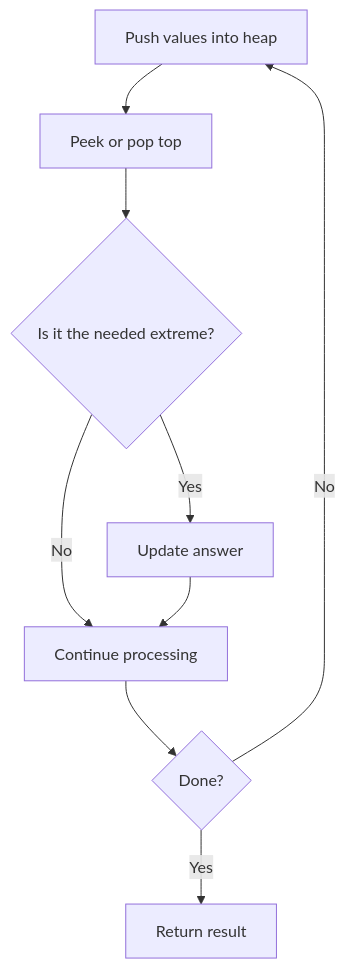
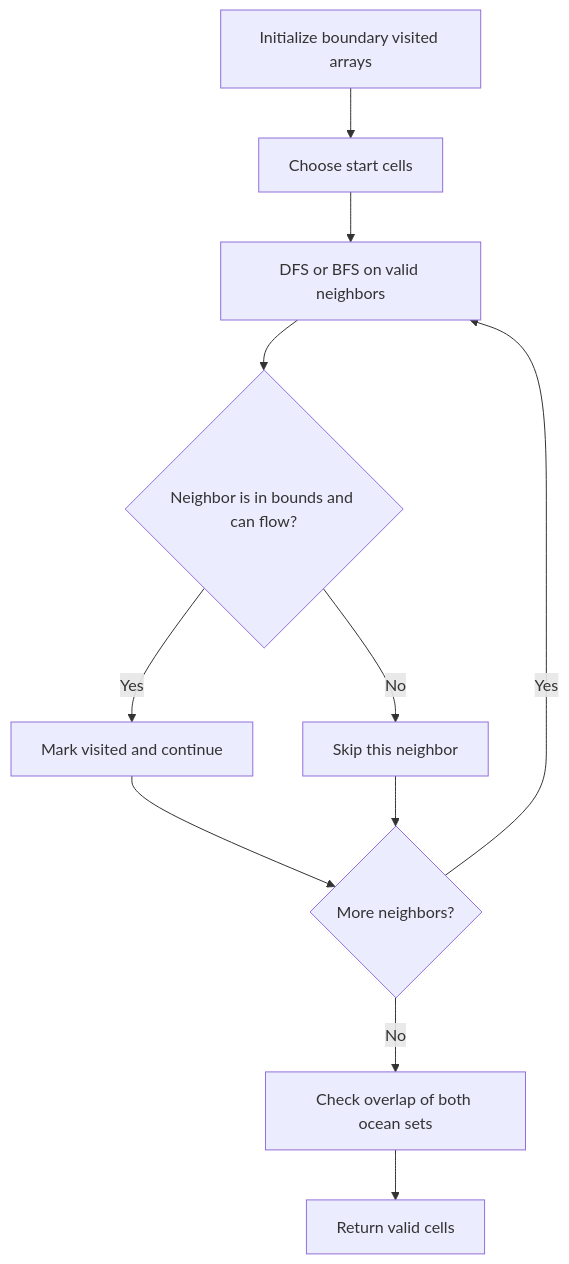
Before and after one commit to keshav-poojary/Leetcode: the diagram in NeetCode-Submissions/08-heaps/05-task-scheduler/readme.md, drawn with Mermaid. The commit also changed 105 other files, not shown here.

Commit message:
Add NeetCode README docs with mermaid diagrams

````diff
--- a/NeetCode-Submissions/08-heaps/05-task-scheduler/readme.md
+++ b/NeetCode-Submissions/08-heaps/05-task-scheduler/readme.md
@@ -32,11 +32,13 @@
 ```mermaid
 flowchart TD
-    A[Push values into heap] --> B[Peek or pop top]
-    B --> C{Is it the needed extreme?}
-    C -- Yes --> D[Update answer]
-    C -- No --> E[Continue processing]
-    D --> E
-    E --> F{Done?}
-    F -- No --> A
-    F -- Yes --> G[Return result]
+    A[Initialize boundary visited arrays] --> B[Choose start cells]
+    B --> C[DFS or BFS on valid neighbors]
+    C --> D{Neighbor is in bounds and can flow?}
+    D -- Yes --> E[Mark visited and continue]
+    D -- No --> F[Skip this neighbor]
+    E --> G{More neighbors?}
+    F --> G
+    G -- Yes --> C
+    G -- No --> H[Check overlap of both ocean sets]
+    H --> I[Return valid cells]
 ```
````
